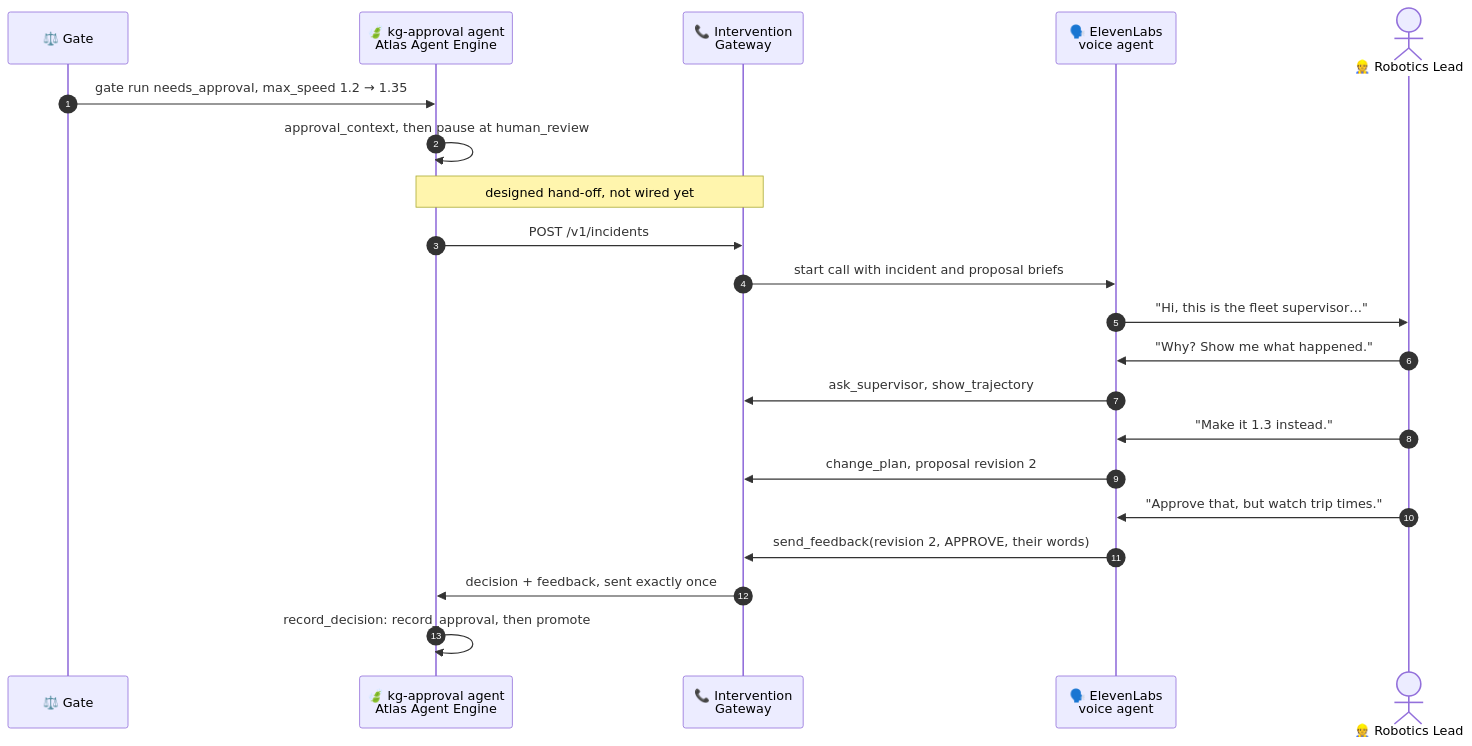
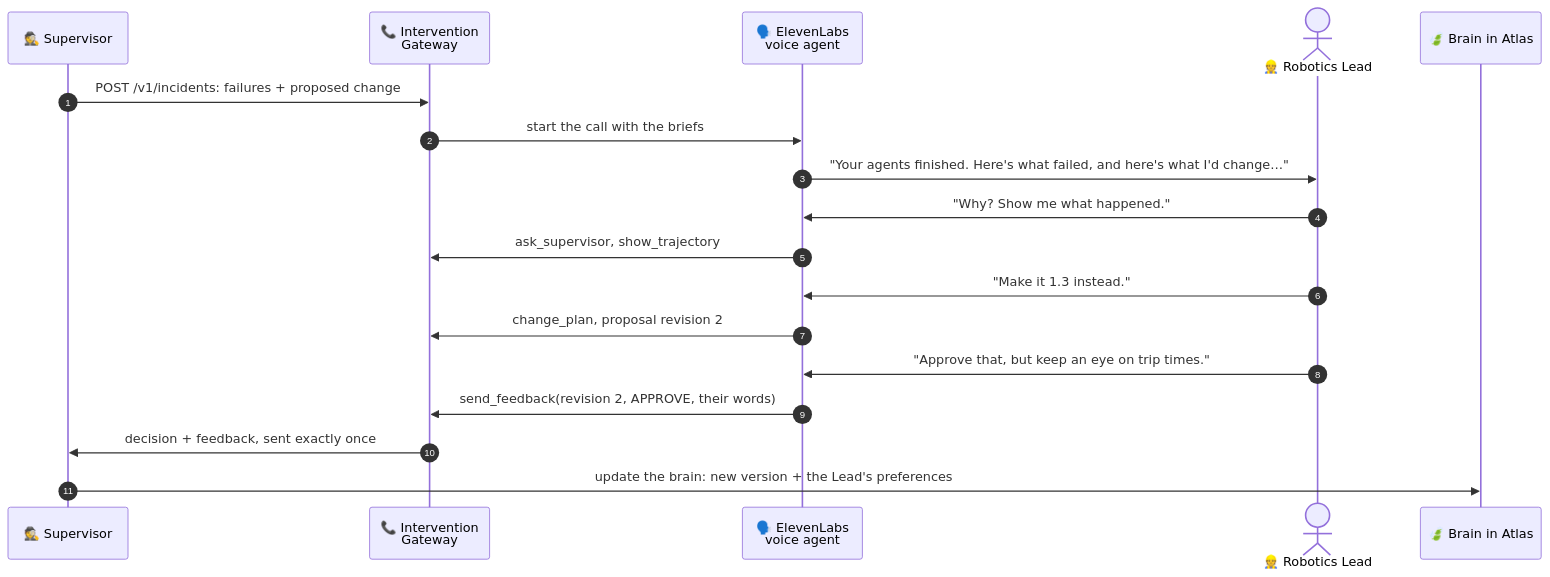
One commit to ShashwatM3/mongodb-harness-engineering-hackathon changed the eighth of 10 diagrams in README.md. Above: the diagram before and after it, drawn with Mermaid. The commit also changed other lines of this file and 1 other file, not shown here.

````diff
--- a/README.md
+++ b/README.md
@@ -404,24 +408,21 @@
 ```mermaid
 sequenceDiagram
     autonumber
-    participant G as ⚖️ Gate
-    participant A as 🍃 kg-approval agent<br/>Atlas Agent Engine
+    participant S as 🕵️ Supervisor
     participant W as 📞 Intervention<br/>Gateway
     participant E as 🗣️ ElevenLabs<br/>voice agent
     actor L as 👷 Robotics Lead
+    participant K as 🍃 Brain in Atlas
 
-    G->>A: gate run needs_approval, max_speed 1.2 → 1.35
-    A->>A: approval_context, then pause at human_review
-    Note over A,W: designed hand-off, not wired yet
-    A->>W: POST /v1/incidents
-    W->>E: start call with incident and proposal briefs
-    E->>L: "Hi, this is the fleet supervisor…"
+    S->>W: POST /v1/incidents: failures + proposed change
+    W->>E: start the call with the briefs
+    E->>L: "Your agents finished. Here's what failed, and here's what I'd change…"
     L->>E: "Why? Show me what happened."
     E->>W: ask_supervisor, show_trajectory
     L->>E: "Make it 1.3 instead."
     E->>W: change_plan, proposal revision 2
-    L->>E: "Approve that, but watch trip times."
+    L->>E: "Approve that, but keep an eye on trip times."
     E->>W: send_feedback(revision 2, APPROVE, their words)
-    W->>A: decision + feedback, sent exactly once
-    A->>A: record_decision: record_approval, then promote
+    W->>S: decision + feedback, sent exactly once
+    S->>K: update the brain: new version + the Lead's preferences
 ```
````
